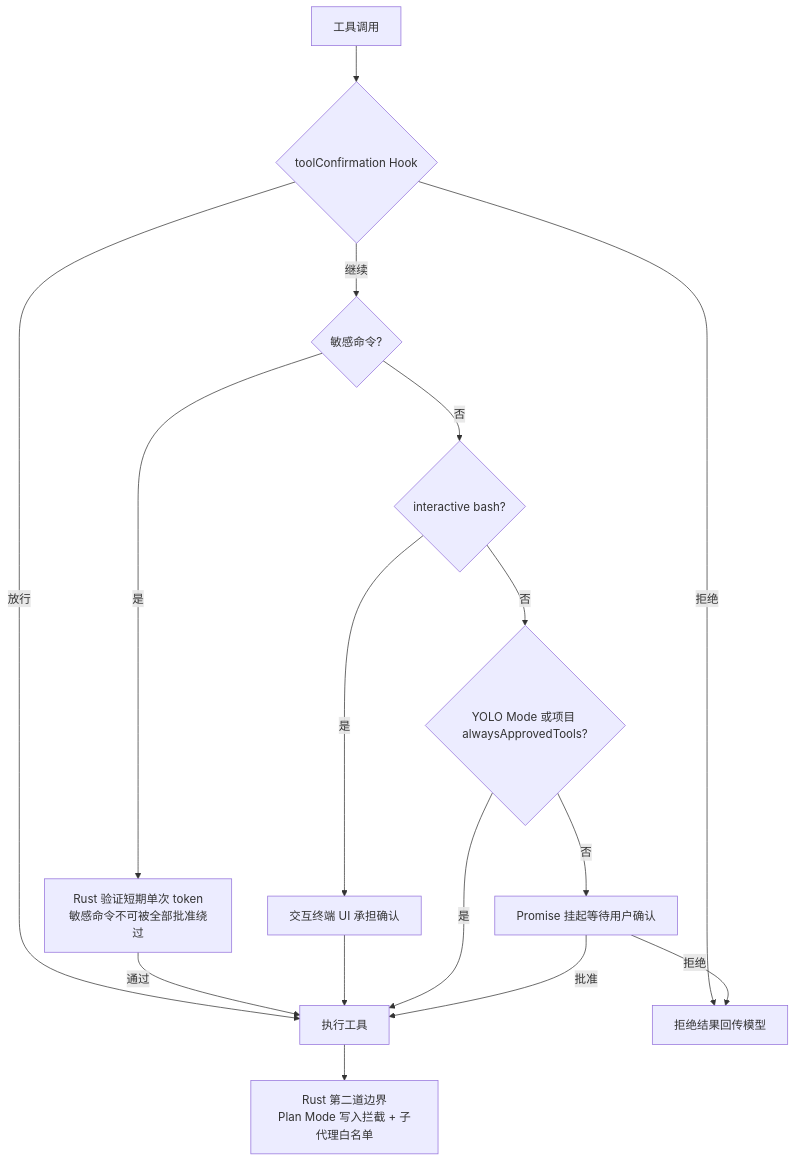
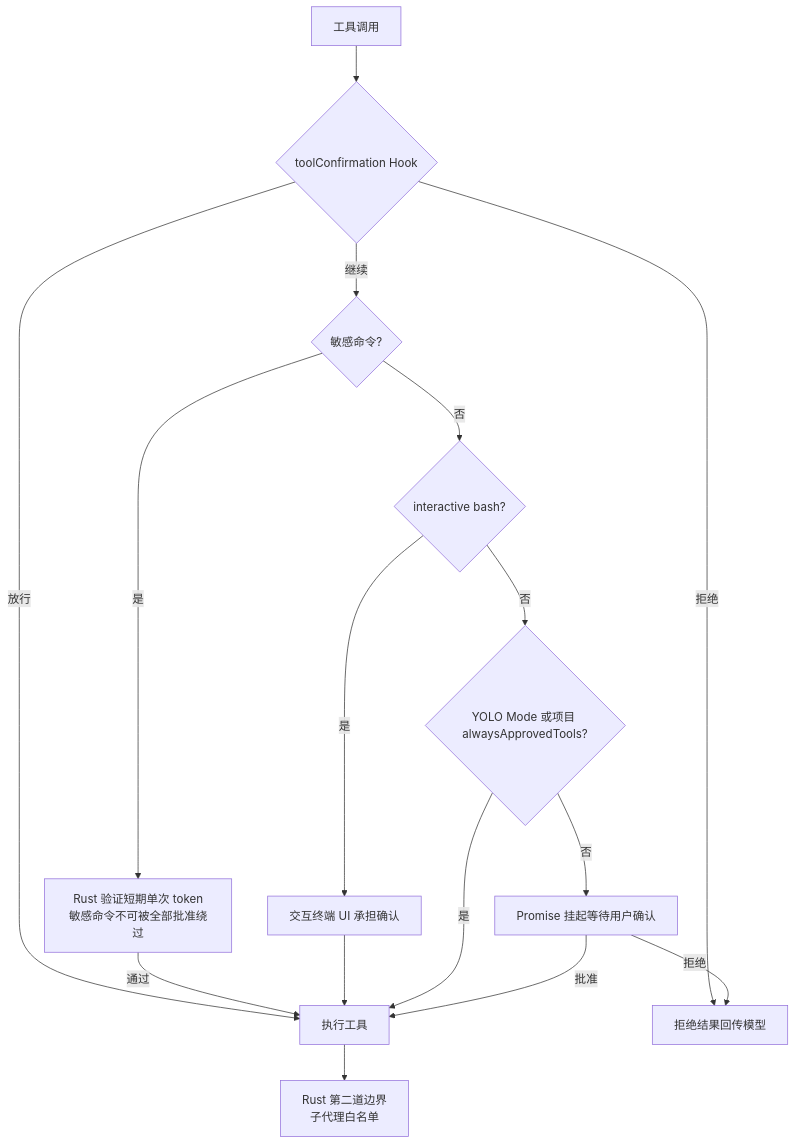
Before and after one commit to BaSui01/snow-app: diagram 14 of 23 in docs/zh-CN/4-架构与开发/4-Agent运行时与工具编排.md, drawn with Mermaid. The commit also changed other lines of this file and 135 other files, not shown here.

First line of the commit message:
refactor: remove Plan Mode feature

````diff
--- a/docs/zh-CN/4-架构与开发/4-Agent运行时与工具编排.md
+++ b/docs/zh-CN/4-架构与开发/4-Agent运行时与工具编排.md
@@ -544,18 +542,18 @@
 ```mermaid
 flowchart TD
     A[工具调用] --> B{toolConfirmation Hook}
     B -- 放行 --> G[执行工具]
     B -- 拒绝 --> K[拒绝结果回传模型]
     B -- 继续 --> C{敏感命令?}
     C -- 是 --> D[Rust 验证短期单次 token<br/>敏感命令不可被全部批准绕过]
     D -- 通过 --> G
     C -- 否 --> E{interactive bash?}
     E -- 是 --> F[交互终端 UI 承担确认]
     F --> G
     E -- 否 --> H{YOLO Mode 或项目 alwaysApprovedTools?}
     H -- 是 --> G
     H -- 否 --> I[Promise 挂起等待用户确认]
     I -- 批准 --> G
     I -- 拒绝 --> K
-    G --> L[Rust 第二道边界<br/>Plan Mode 写入拦截 + 子代理白名单]
+    G --> L[Rust 第二道边界<br/>子代理白名单]
 ```
````
